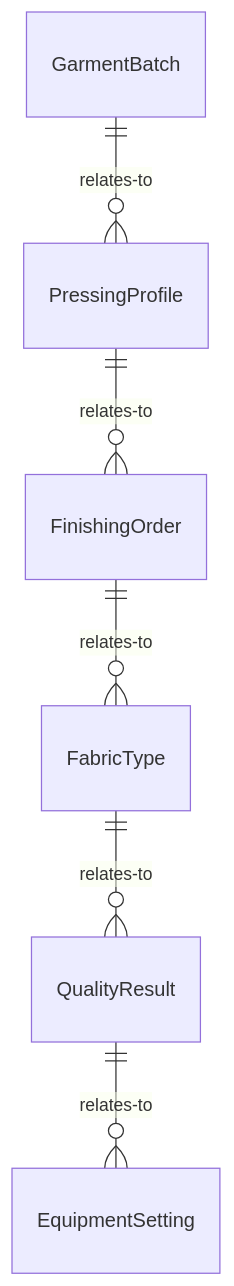
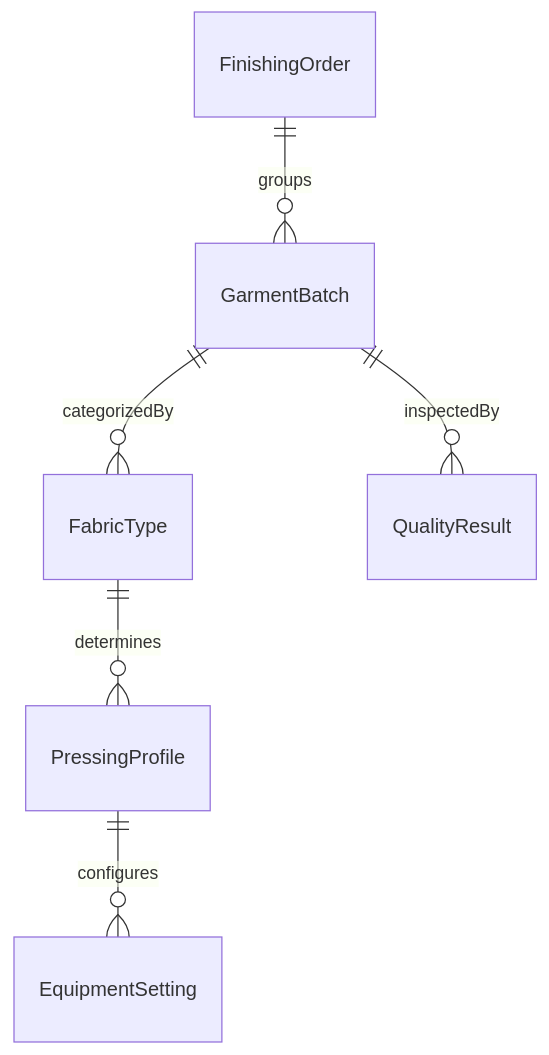
The first of 4 diagrams in ControllingMachinesAndProcesses/OperateIndustrialProcessingOrProductionEquipment/SmoothGarmentsIronsPressesSteamers.mdx (dot-org-ai/tasks.org.ai), drawn with Mermaid before and after one commit. The commit also changed other lines of this file and 515 other files, not shown here.

````diff
--- a/ControllingMachinesAndProcesses/OperateIndustrialProcessingOrProductionEquipment/SmoothGarmentsIronsPressesSteamers.mdx
+++ b/ControllingMachinesAndProcesses/OperateIndustrialProcessingOrProductionEquipment/SmoothGarmentsIronsPressesSteamers.mdx
@@ -85,8 +85,8 @@
 ```mermaid
 erDiagram
-    GarmentBatch ||--o{ PressingProfile : relates-to
-    PressingProfile ||--o{ FinishingOrder : relates-to
-    FinishingOrder ||--o{ FabricType : relates-to
-    FabricType ||--o{ QualityResult : relates-to
-    QualityResult ||--o{ EquipmentSetting : relates-to
+    FinishingOrder ||--o{ GarmentBatch : groups
+    GarmentBatch ||--o{ FabricType : categorizedBy
+    FabricType ||--o{ PressingProfile : determines
+    GarmentBatch ||--o{ QualityResult : inspectedBy
+    PressingProfile ||--o{ EquipmentSetting : configures
 ```
````
